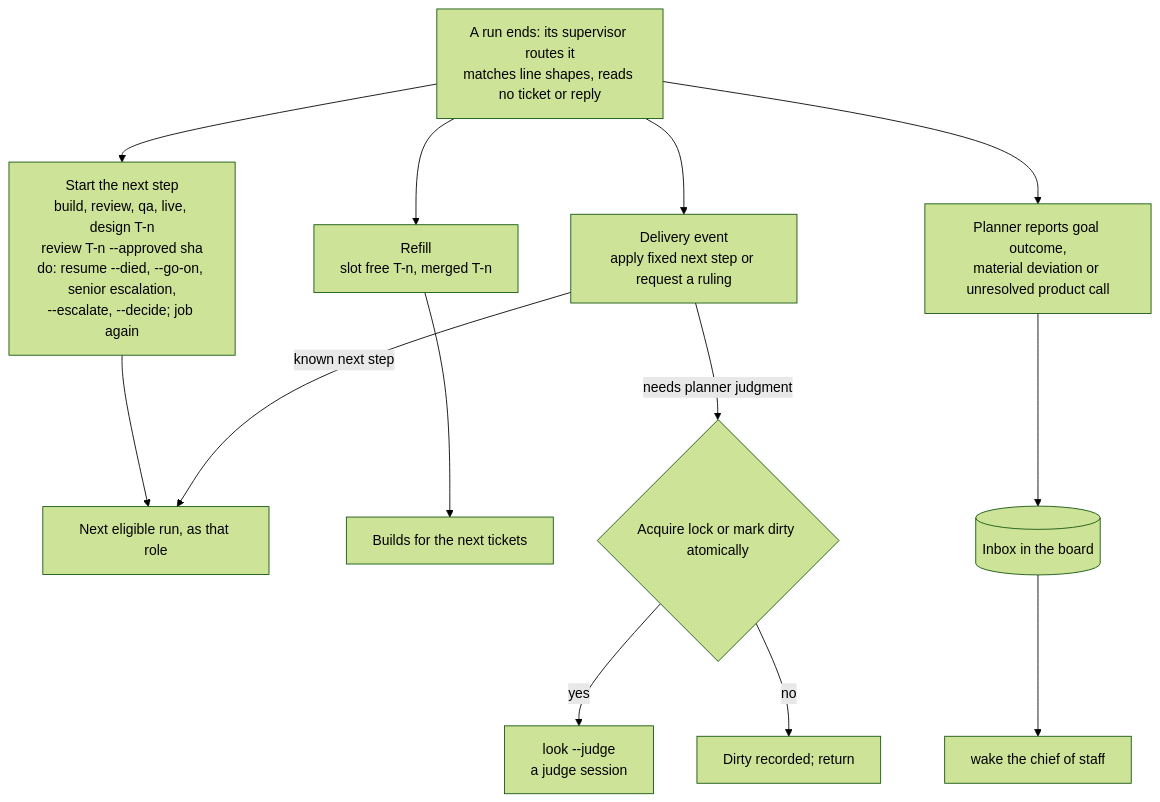
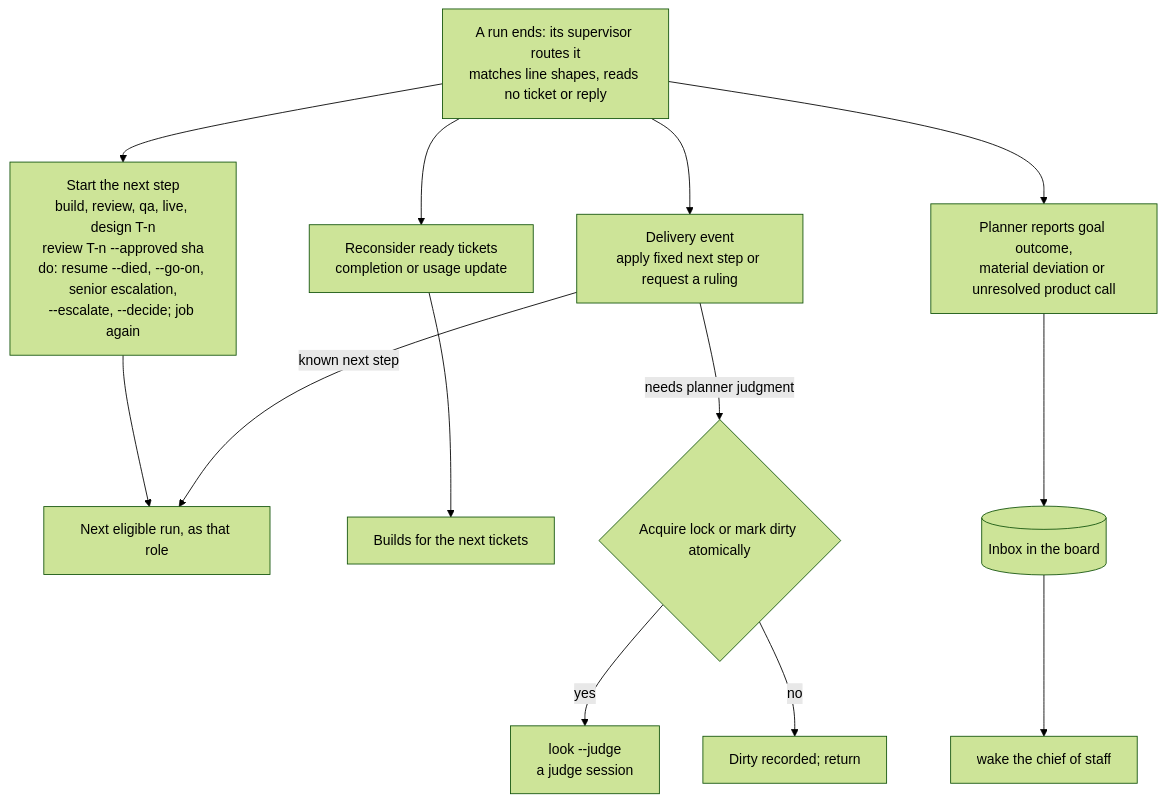
The second of 7 diagrams in docs/design/t3-runtime.md (ProlesDei/maestro), drawn with Mermaid (forest theme) before and after one commit. The commit also changed other lines of this file, not shown here.

Commit message:
Route ready work by subscription usage without worker-count caps

````diff
--- a/docs/design/t3-runtime.md
+++ b/docs/design/t3-runtime.md
@@ -86,16 +86,16 @@
 ```mermaid
 flowchart TD
   END["A run ends: its supervisor routes it<br/>matches line shapes, reads no ticket or reply"]
   END --> A["Start the next step<br/>build, review, qa, live, design T-n<br/>review T-n --approved sha<br/>do: resume --died, --go-on, senior escalation,<br/>--escalate, --decide; job again"]
-  END --> B["Refill<br/>slot free T-n, merged T-n"]
+  END --> B["Reconsider ready tickets<br/>completion or usage update"]
   END --> C["Delivery event<br/>apply fixed next step or request a ruling"]
   END --> D["Planner reports goal outcome,<br/>material deviation or unresolved product call"]
   A --> RUN["Next eligible run, as that role"]
   B --> FILL["Builds for the next tickets"]
   C -->|"known next step"| RUN
   C -->|"needs planner judgment"| LOCK{"Acquire lock or mark dirty atomically"}
   LOCK -- yes --> JUDGE["look --judge<br/>a judge session"]
   LOCK -- no --> DIRTY["Dirty recorded; return"]
   D --> INBOX[("Inbox in the board")]
   INBOX --> WAKE["wake the chief of staff"]
 ```
````
